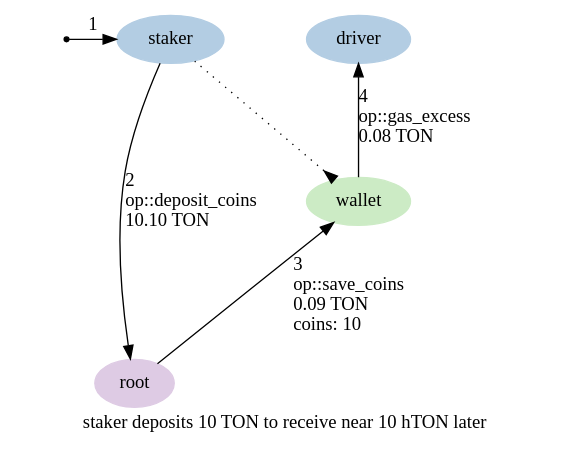
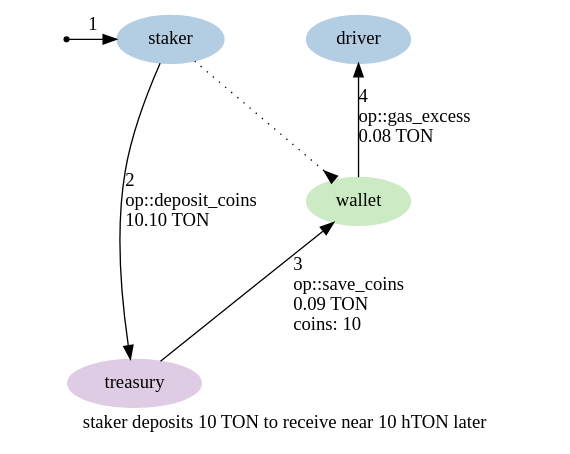
Before and after one commit to HipoFinance/contract: the diagram in graphs/01-deposit-coins.dot, drawn with Graphviz. The commit also changed 23 other files, not shown here.

Commit message:
Rename root to treasury

```diff
--- a/graphs/01-deposit-coins.dot
+++ b/graphs/01-deposit-coins.dot
@@ -1,21 +1,21 @@
 digraph {
     label="staker deposits 10 TON to receive near 10 hTON later"
     node [ colorscheme=pastel19 style=filled ]
 
     /* Entities */
     external [ shape=point ]
     staker, driver [ color=2 ]
     wallet [ color=3 ]
-    root [ color=4 ]
+    treasury [ color=4 ]
 
     /* Relationships */
     staker -> wallet [ arrowhead=inv style=dotted ]
     external -> staker [ label="1" ]
-    staker -> root [ label="2\l op::deposit_coins\l 10.10 TON\l" ]
-    root -> wallet [ label="3\l op::save_coins\l 0.09 TON\l coins: 10\l" ]
+    staker -> treasury [ label="2\l op::deposit_coins\l 10.10 TON\l" ]
+    treasury -> wallet [ label="3\l op::save_coins\l 0.09 TON\l coins: 10\l" ]
     wallet -> driver [ label="4\l op::gas_excess\l 0.08 TON\l" ]
 
     /* Ranks */
     { rank=min external staker driver }
-    { rank=max root }
+    { rank=max treasury }
 }
```
